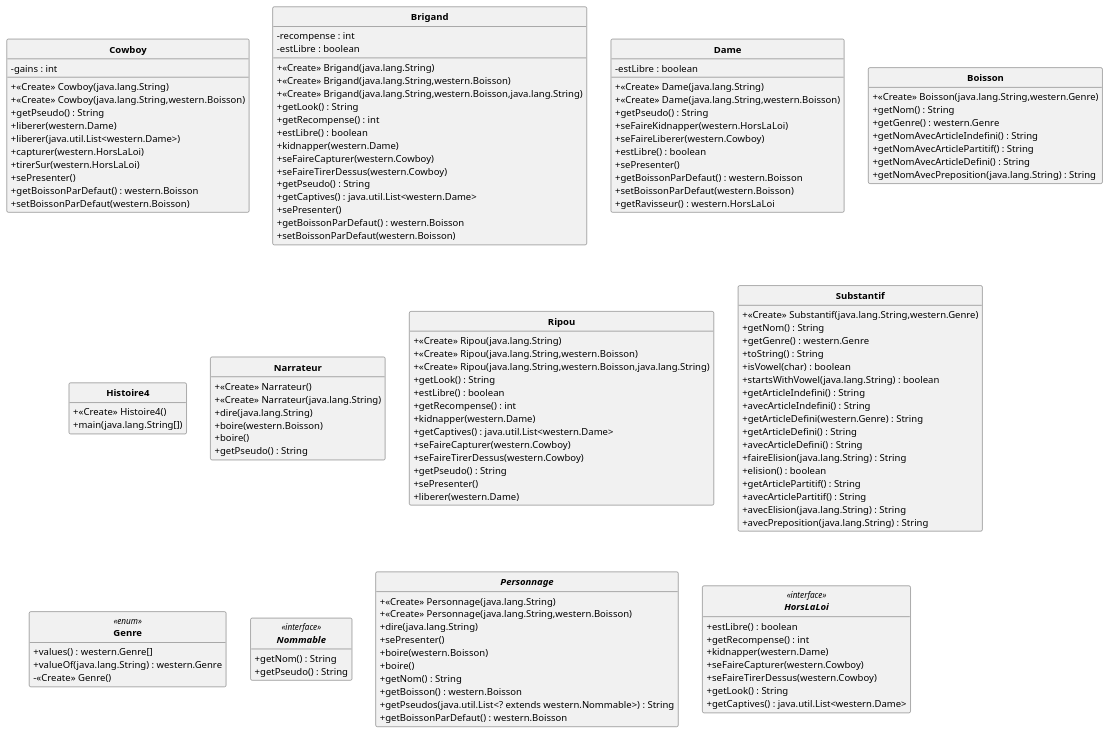
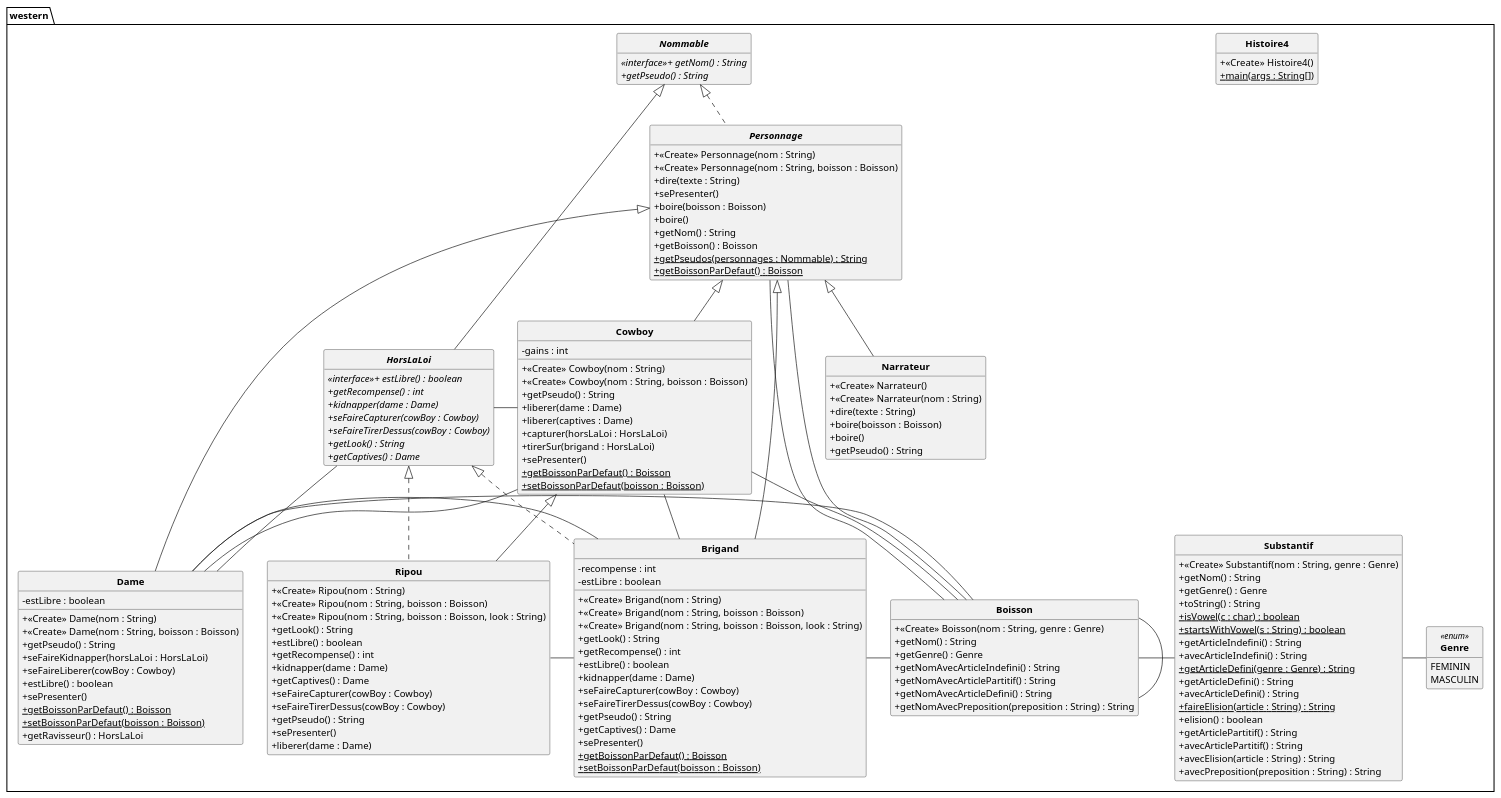
The diagram in uml/westernDCA.puml (yassinkioua/Projet-PumlFromJava), drawn with PlantUML before and after one commit. The commit also changed 6 other files, not shown here.

```diff
--- a/uml/westernDCA.puml
+++ b/uml/westernDCA.puml
@@ -1,148 +1,163 @@
 @startuml
 'https://plantuml.com/class-diagram 
  skinparam classAttributeIconSize 0 
 skinparam classFontStyle Bold
 skinparam style strictuml
 hide empty members
-class Cowboy{ 
-- gains : int
-+ <<Create>> Cowboy(java.lang.String)
-+ <<Create>> Cowboy(java.lang.String,western.Boisson)
-+ getPseudo() : String 
-+ liberer(western.Dame)
-+ liberer(java.util.List<western.Dame>)
-+ capturer(western.HorsLaLoi)
-+ tirerSur(western.HorsLaLoi)
-+ sePresenter()
-+ getBoissonParDefaut() : western.Boisson
-+ setBoissonParDefaut(western.Boisson)
+package western{
+class Histoire4{ 
++ <<Create>> Histoire4()
++ {static} main(args : String[])
 
  } 
-class Brigand{ 
+enum Genre <<enum>> { 
+FEMININ
+MASCULIN
+
+ } 
+interface HorsLaLoi implements Nommable{ 
+<<interface>>+ {abstract} estLibre() : boolean
++ {abstract} getRecompense() : int
++ {abstract} kidnapper(dame : Dame)
++ {abstract} seFaireCapturer(cowBoy : Cowboy)
++ {abstract} seFaireTirerDessus(cowBoy : Cowboy)
++ {abstract} getLook() : String
++ {abstract} getCaptives() : Dame
+
+ } 
+class Cowboy extends Personnage{ 
+- gains : int
++ <<Create>> Cowboy(nom : String)
++ <<Create>> Cowboy(nom : String, boisson : Boisson)
++ getPseudo() : String
++ liberer(dame : Dame)
++ liberer(captives : Dame)
++ capturer(horsLaLoi : HorsLaLoi)
++ tirerSur(brigand : HorsLaLoi)
++ sePresenter()
++ {static} getBoissonParDefaut() : Boisson
++ {static} setBoissonParDefaut(boisson : Boisson)
+
+ } 
+interface Nommable{ 
+<<interface>>+ {abstract} getNom() : String
++ {abstract} getPseudo() : String
+
+ } 
+class Ripou extends Cowboy implements HorsLaLoi{ 
++ <<Create>> Ripou(nom : String)
++ <<Create>> Ripou(nom : String, boisson : Boisson)
++ <<Create>> Ripou(nom : String, boisson : Boisson, look : String)
++ getLook() : String
++ estLibre() : boolean
++ getRecompense() : int
++ kidnapper(dame : Dame)
++ getCaptives() : Dame
++ seFaireCapturer(cowBoy : Cowboy)
++ seFaireTirerDessus(cowBoy : Cowboy)
++ getPseudo() : String
++ sePresenter()
++ liberer(dame : Dame)
+
+ } 
+class Dame extends Personnage{ 
+- estLibre : boolean
++ <<Create>> Dame(nom : String)
++ <<Create>> Dame(nom : String, boisson : Boisson)
++ getPseudo() : String
++ seFaireKidnapper(horsLaLoi : HorsLaLoi)
++ seFaireLiberer(cowBoy : Cowboy)
++ estLibre() : boolean
++ sePresenter()
++ {static} getBoissonParDefaut() : Boisson
++ {static} setBoissonParDefaut(boisson : Boisson)
++ getRavisseur() : HorsLaLoi
+
+ } 
+class Substantif{ 
++ <<Create>> Substantif(nom : String, genre : Genre)
++ getNom() : String
++ getGenre() : Genre
++ toString() : String
++ {static} isVowel(c : char) : boolean
++ {static} startsWithVowel(s : String) : boolean
++ getArticleIndefini() : String
++ avecArticleIndefini() : String
++ {static} getArticleDefini(genre : Genre) : String
++ getArticleDefini() : String
++ avecArticleDefini() : String
++ {static} faireElision(article : String) : String
++ elision() : boolean
++ getArticlePartitif() : String
++ avecArticlePartitif() : String
++ avecElision(article : String) : String
++ avecPreposition(preposition : String) : String
+
+ } 
+class Narrateur extends Personnage{ 
++ <<Create>> Narrateur()
++ <<Create>> Narrateur(nom : String)
++ dire(texte : String)
++ boire(boisson : Boisson)
++ boire()
++ getPseudo() : String
+
+ } 
+abstract class Personnage implements Nommable{ 
++ <<Create>> Personnage(nom : String)
++ <<Create>> Personnage(nom : String, boisson : Boisson)
++ dire(texte : String)
++ sePresenter()
++ boire(boisson : Boisson)
++ boire()
++ getNom() : String
++ getBoisson() : Boisson
++ {static} getPseudos(personnages : Nommable) : String
++ {static} getBoissonParDefaut() : Boisson
+
+ } 
+class Brigand extends Personnage implements HorsLaLoi{ 
 - recompense : int
 - estLibre : boolean
-+ <<Create>> Brigand(java.lang.String)
-+ <<Create>> Brigand(java.lang.String,western.Boisson)
-+ <<Create>> Brigand(java.lang.String,western.Boisson,java.lang.String)
-+ getLook() : String 
++ <<Create>> Brigand(nom : String)
++ <<Create>> Brigand(nom : String, boisson : Boisson)
++ <<Create>> Brigand(nom : String, boisson : Boisson, look : String)
++ getLook() : String
 + getRecompense() : int
 + estLibre() : boolean
-+ kidnapper(western.Dame)
-+ seFaireCapturer(western.Cowboy)
-+ seFaireTirerDessus(western.Cowboy)
-+ getPseudo() : String 
-+ getCaptives() : java.util.List<western.Dame>
++ kidnapper(dame : Dame)
++ seFaireCapturer(cowBoy : Cowboy)
++ seFaireTirerDessus(cowBoy : Cowboy)
++ getPseudo() : String
++ getCaptives() : Dame
 + sePresenter()
-+ getBoissonParDefaut() : western.Boisson
-+ setBoissonParDefaut(western.Boisson)
-
- } 
-class Dame{ 
-- estLibre : boolean
-+ <<Create>> Dame(java.lang.String)
-+ <<Create>> Dame(java.lang.String,western.Boisson)
-+ getPseudo() : String 
-+ seFaireKidnapper(western.HorsLaLoi)
-+ seFaireLiberer(western.Cowboy)
-+ estLibre() : boolean
-+ sePresenter()
-+ getBoissonParDefaut() : western.Boisson
-+ setBoissonParDefaut(western.Boisson)
-+ getRavisseur() : western.HorsLaLoi
++ {static} getBoissonParDefaut() : Boisson
++ {static} setBoissonParDefaut(boisson : Boisson)
 
  } 
 class Boisson{ 
-+ <<Create>> Boisson(java.lang.String,western.Genre)
-+ getNom() : String 
-+ getGenre() : western.Genre
-+ getNomAvecArticleIndefini() : String 
-+ getNomAvecArticlePartitif() : String 
-+ getNomAvecArticleDefini() : String 
-+ getNomAvecPreposition(java.lang.String) : String 
++ <<Create>> Boisson(nom : String, genre : Genre)
++ getNom() : String
++ getGenre() : Genre
++ getNomAvecArticleIndefini() : String
++ getNomAvecArticlePartitif() : String
++ getNomAvecArticleDefini() : String
++ getNomAvecPreposition(preposition : String) : String
 
  } 
-class Histoire4{ 
-+ <<Create>> Histoire4()
-+ main(java.lang.String[])
-
- } 
-class Narrateur{ 
-+ <<Create>> Narrateur()
-+ <<Create>> Narrateur(java.lang.String)
-+ dire(java.lang.String)
-+ boire(western.Boisson)
-+ boire()
-+ getPseudo() : String 
-
- } 
-class Ripou{ 
-+ <<Create>> Ripou(java.lang.String)
-+ <<Create>> Ripou(java.lang.String,western.Boisson)
-+ <<Create>> Ripou(java.lang.String,western.Boisson,java.lang.String)
-+ getLook() : String 
-+ estLibre() : boolean
-+ getRecompense() : int
-+ kidnapper(western.Dame)
-+ getCaptives() : java.util.List<western.Dame>
-+ seFaireCapturer(western.Cowboy)
-+ seFaireTirerDessus(western.Cowboy)
-+ getPseudo() : String 
-+ sePresenter()
-+ liberer(western.Dame)
-
- } 
-class Substantif{ 
-+ <<Create>> Substantif(java.lang.String,western.Genre)
-+ getNom() : String 
-+ getGenre() : western.Genre
-+ toString() : String 
-+ isVowel(char) : boolean
-+ startsWithVowel(java.lang.String) : boolean
-+ getArticleIndefini() : String 
-+ avecArticleIndefini() : String 
-+ getArticleDefini(western.Genre) : String 
-+ getArticleDefini() : String 
-+ avecArticleDefini() : String 
-+ faireElision(java.lang.String) : String 
-+ elision() : boolean
-+ getArticlePartitif() : String 
-+ avecArticlePartitif() : String 
-+ avecElision(java.lang.String) : String 
-+ avecPreposition(java.lang.String) : String 
-
- } 
-enum Genre <<enum>> { 
-+ values() : western.Genre[]
-+ valueOf(java.lang.String) : western.Genre
-- <<Create>> Genre()
-
- } 
-interface Nommable <<interface>> { 
-+ getNom() : String 
-+ getPseudo() : String 
-
- } 
-abstract class Personnage{ 
-+ <<Create>> Personnage(java.lang.String)
-+ <<Create>> Personnage(java.lang.String,western.Boisson)
-+ dire(java.lang.String)
-+ sePresenter()
-+ boire(western.Boisson)
-+ boire()
-+ getNom() : String 
-+ getBoisson() : western.Boisson
-+ getPseudos(java.util.List<? extends western.Nommable>) : String 
-+ getBoissonParDefaut() : western.Boisson
-
- } 
-interface HorsLaLoi <<interface>> { 
-+ estLibre() : boolean
-+ getRecompense() : int
-+ kidnapper(western.Dame)
-+ seFaireCapturer(western.Cowboy)
-+ seFaireTirerDessus(western.Cowboy)
-+ getLook() : String 
-+ getCaptives() : java.util.List<western.Dame>
-
- } 
+Cowboy - HorsLaLoi
+Cowboy - Boisson
+Ripou - Brigand
+Dame - Cowboy
+Dame - HorsLaLoi
+Dame - Boisson
+Substantif - Genre
+Personnage - Boisson
+Personnage - Boisson
+Brigand - Dame
+Brigand - Cowboy
+Brigand - Boisson
+Boisson - Substantif
+Boisson - Boisson
+}
 @enduml
```
